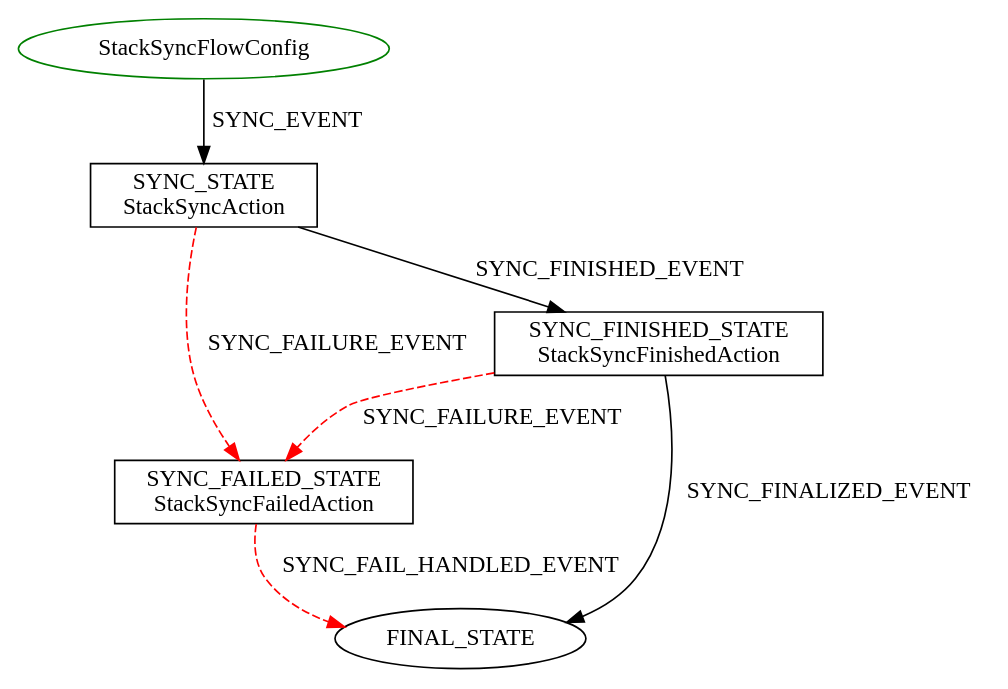
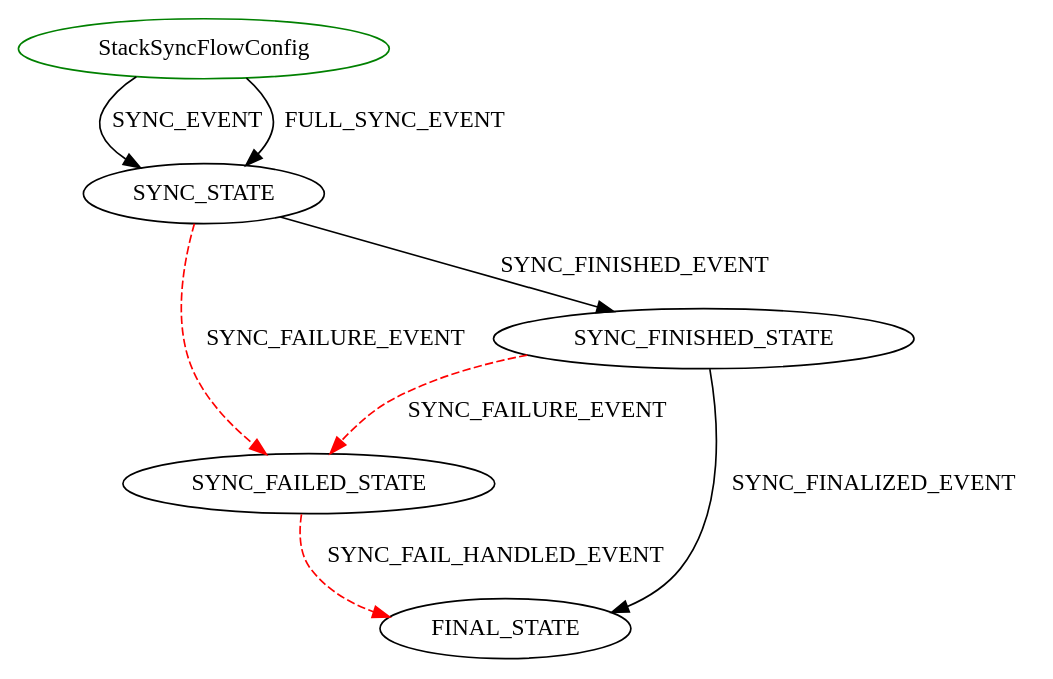
The diagram in docs/diagrams/StackSyncFlowConfig.dot (wprender/cloudbreak-docs), drawn with Graphviz before and after one commit. The commit also changed 3 other files, not shown here.

Commit message:
CLOUD-55042 Fresh flow dots

```diff
--- a/docs/diagrams/StackSyncFlowConfig.dot
+++ b/docs/diagrams/StackSyncFlowConfig.dot
@@ -1,12 +1,10 @@
 digraph {
 INIT_STATE [label="StackSyncFlowConfig" shape=ellipse color=green];
-SYNC_STATE [label="SYNC_STATE\nStackSyncAction" shape=rect color=black];
 INIT_STATE -> SYNC_STATE [label="SYNC_EVENT" color=black style=solid];
-SYNC_FAILED_STATE [label="SYNC_FAILED_STATE\nStackSyncFailedAction" shape=rect color=black];
 SYNC_STATE -> SYNC_FAILED_STATE [label="SYNC_FAILURE_EVENT" color=red style=dashed];
 SYNC_FAILED_STATE -> FINAL_STATE [label="SYNC_FAIL_HANDLED_EVENT" color=red style=dashed];
-SYNC_FINISHED_STATE [label="SYNC_FINISHED_STATE\nStackSyncFinishedAction" shape=rect color=black];
+INIT_STATE -> SYNC_STATE [label="FULL_SYNC_EVENT" color=black style=solid];
 SYNC_STATE -> SYNC_FINISHED_STATE [label="SYNC_FINISHED_EVENT" color=black style=solid];
 SYNC_FINISHED_STATE -> SYNC_FAILED_STATE [label="SYNC_FAILURE_EVENT" color=red style=dashed];
 SYNC_FINISHED_STATE -> FINAL_STATE [label="SYNC_FINALIZED_EVENT" color=black style=solid];
 }
```
